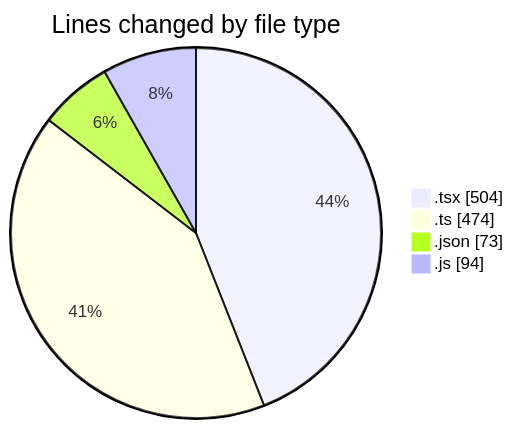
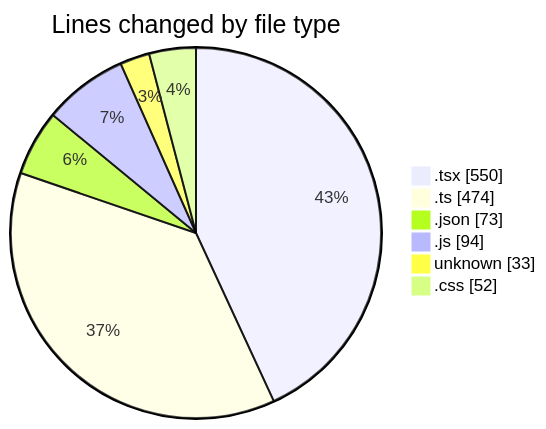
One commit to robertbonfada/code-tracking changed the first of 2 diagrams in 2025-01-20/mbc-web/README.md. Above: the diagram before and after it, drawn with Mermaid. The commit also changed other lines of this file and 1 other file, not shown here.

````diff
--- a/2025-01-20/mbc-web/README.md
+++ b/2025-01-20/mbc-web/README.md
@@ -32,8 +36,10 @@
 ```mermaid
 pie showData
 title Lines changed by file type
-".tsx" : 504
+".tsx" : 550
 ".ts" : 474
 ".json" : 73
 ".js" : 94
+"unknown" : 33
+".css" : 52
 ```
````
